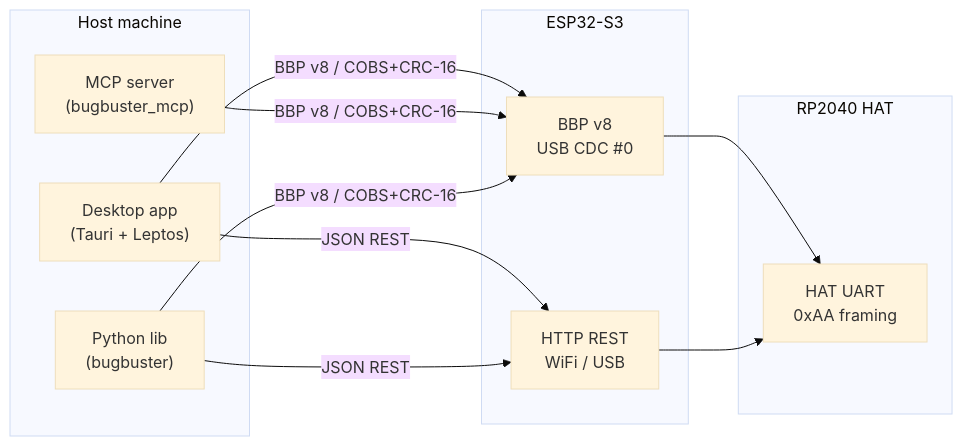
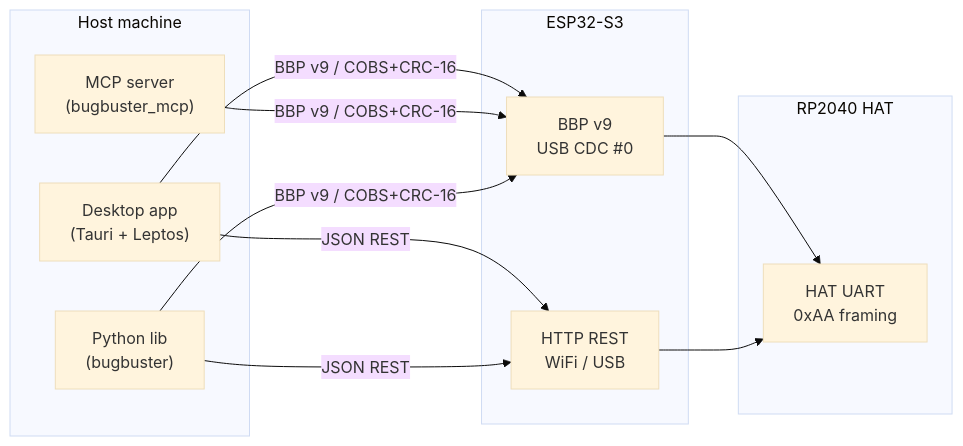
Before and after one commit to lollokara/BugBuster: the second of 2 diagrams in README.md, drawn with Mermaid (base theme). The commit also changed other lines of this file and 16 other files, not shown here.

````diff
--- a/README.md
+++ b/README.md
@@ -159,27 +159,27 @@
 ```mermaid
 flowchart LR
   subgraph Host["Host machine"]
     Desktop["Desktop app\n(Tauri + Leptos)"]
     MCP["MCP server\n(bugbuster_mcp)"]
     PyLib["Python lib\n(bugbuster)"]
   end
 
   subgraph ESP["ESP32-S3"]
-    BBP["BBP v8\nUSB CDC #0"]
+    BBP["BBP v9\nUSB CDC #0"]
     HTTP["HTTP REST\nWiFi / USB"]
   end
 
   subgraph HAT["RP2040 HAT"]
     UART["HAT UART\n0xAA framing"]
   end
 
-  Desktop -->|"BBP v8 / COBS+CRC-16"| BBP
-  MCP     -->|"BBP v8 / COBS+CRC-16"| BBP
-  PyLib   -->|"BBP v8 / COBS+CRC-16"| BBP
+  Desktop -->|"BBP v9 / COBS+CRC-16"| BBP
+  MCP     -->|"BBP v9 / COBS+CRC-16"| BBP
+  PyLib   -->|"BBP v9 / COBS+CRC-16"| BBP
 
   Desktop -->|"JSON REST"| HTTP
   PyLib   -->|"JSON REST"| HTTP
 
   BBP  --> UART
   HTTP --> UART
 ```
````
